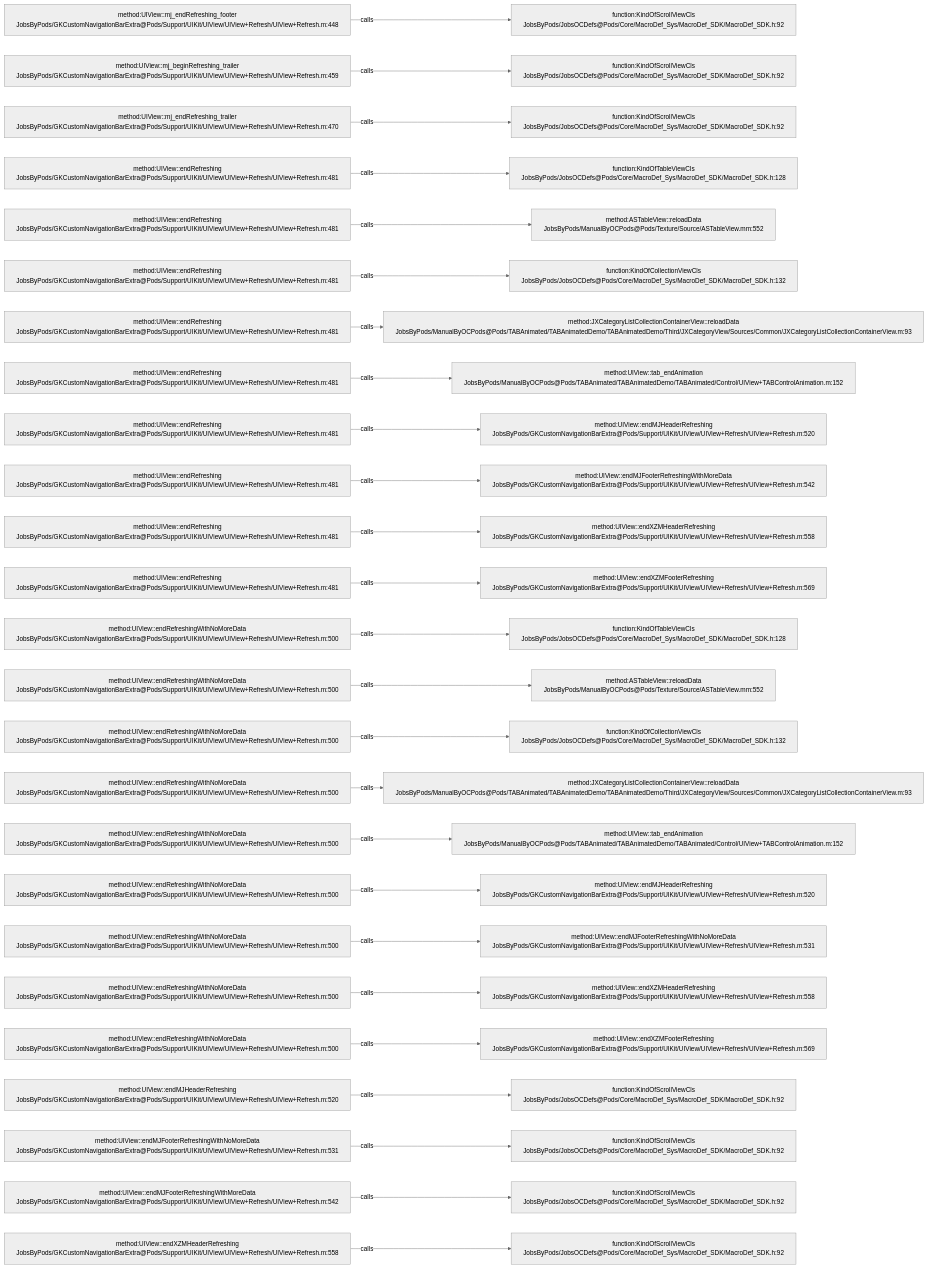
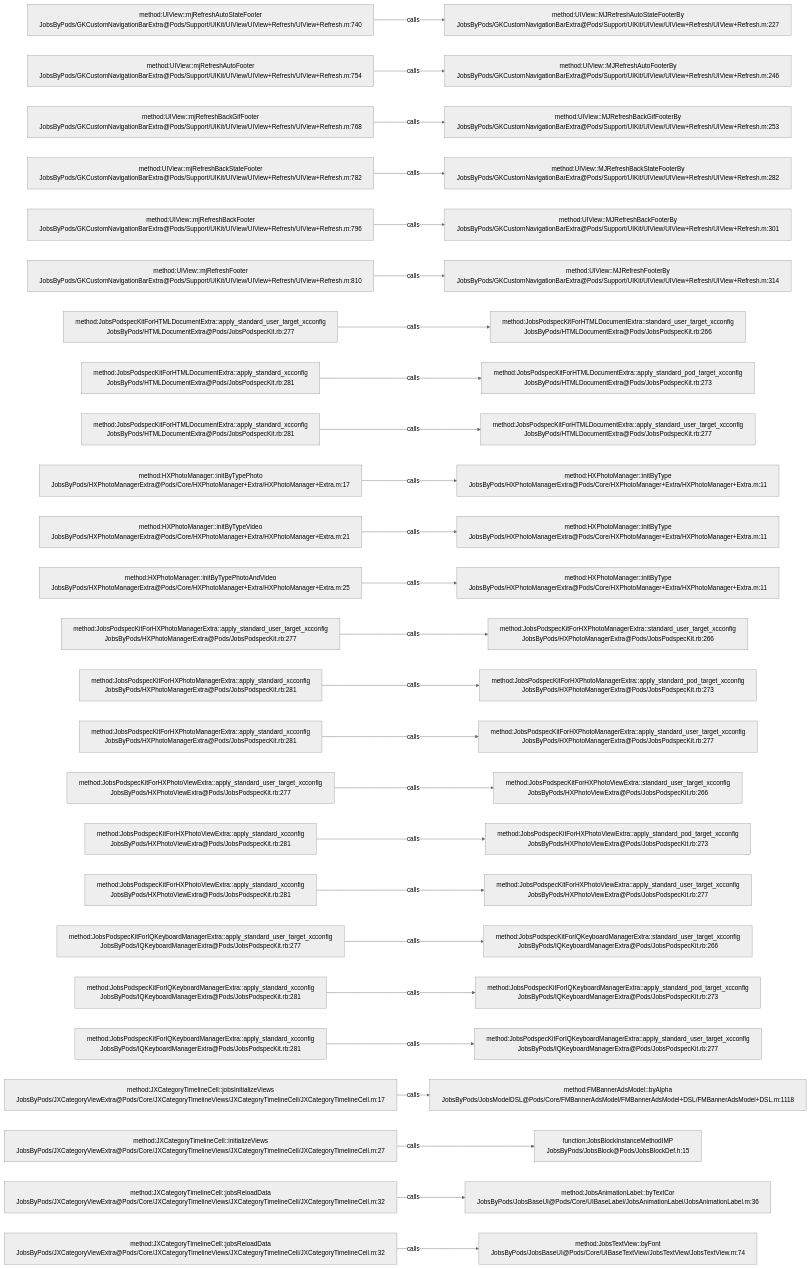
Before and after one commit to JobsKits/JobsOCBaseConfigDemo: the diagram in .codegraph/codegraph.md/graphs/calls-046.md, drawn with Mermaid (neutral theme). The commit also changed 223 other files, not shown here.

````diff
--- a/.codegraph/codegraph.md/graphs/calls-046.md
+++ b/.codegraph/codegraph.md/graphs/calls-046.md
@@ -13,78 +13,78 @@
 ```mermaid
 flowchart LR
-  S1["method:UIView::mj_endRefreshing_footer<br/>JobsByPods/GKCustomNavigationBarExtra@Pods/Support/UIKit/UIView/UIView+Refresh/UIView+Refresh.m:448"]
-  T1["function:KindOfScrollViewCls<br/>JobsByPods/JobsOCDefs@Pods/Core/MacroDef_Sys/MacroDef_SDK/MacroDef_SDK.h:92"]
+  S1["method:UIView::mjRefreshAutoStateFooter<br/>JobsByPods/GKCustomNavigationBarExtra@Pods/Support/UIKit/UIView/UIView+Refresh/UIView+Refresh.m:740"]
+  T1["method:UIView::MJRefreshAutoStateFooterBy<br/>JobsByPods/GKCustomNavigationBarExtra@Pods/Support/UIKit/UIView/UIView+Refresh/UIView+Refresh.m:227"]
   S1 -->|calls| T1
-  S2["method:UIView::mj_beginRefreshing_trailer<br/>JobsByPods/GKCustomNavigationBarExtra@Pods/Support/UIKit/UIView/UIView+Refresh/UIView+Refresh.m:459"]
-  T2["function:KindOfScrollViewCls<br/>JobsByPods/JobsOCDefs@Pods/Core/MacroDef_Sys/MacroDef_SDK/MacroDef_SDK.h:92"]
+  S2["method:UIView::mjRefreshAutoFooter<br/>JobsByPods/GKCustomNavigationBarExtra@Pods/Support/UIKit/UIView/UIView+Refresh/UIView+Refresh.m:754"]
+  T2["method:UIView::MJRefreshAutoFooterBy<br/>JobsByPods/GKCustomNavigationBarExtra@Pods/Support/UIKit/UIView/UIView+Refresh/UIView+Refresh.m:246"]
   S2 -->|calls| T2
-  S3["method:UIView::mj_endRefreshing_trailer<br/>JobsByPods/GKCustomNavigationBarExtra@Pods/Support/UIKit/UIView/UIView+Refresh/UIView+Refresh.m:470"]
-  T3["function:KindOfScrollViewCls<br/>JobsByPods/JobsOCDefs@Pods/Core/MacroDef_Sys/MacroDef_SDK/MacroDef_SDK.h:92"]
+  S3["method:UIView::mjRefreshBackGifFooter<br/>JobsByPods/GKCustomNavigationBarExtra@Pods/Support/UIKit/UIView/UIView+Refresh/UIView+Refresh.m:768"]
+  T3["method:UIView::MJRefreshBackGifFooterBy<br/>JobsByPods/GKCustomNavigationBarExtra@Pods/Support/UIKit/UIView/UIView+Refresh/UIView+Refresh.m:253"]
   S3 -->|calls| T3
-  S4["method:UIView::endRefreshing<br/>JobsByPods/GKCustomNavigationBarExtra@Pods/Support/UIKit/UIView/UIView+Refresh/UIView+Refresh.m:481"]
-  T4["function:KindOfTableViewCls<br/>JobsByPods/JobsOCDefs@Pods/Core/MacroDef_Sys/MacroDef_SDK/MacroDef_SDK.h:128"]
+  S4["method:UIView::mjRefreshBackStateFooter<br/>JobsByPods/GKCustomNavigationBarExtra@Pods/Support/UIKit/UIView/UIView+Refresh/UIView+Refresh.m:782"]
+  T4["method:UIView::MJRefreshBackStateFooterBy<br/>JobsByPods/GKCustomNavigationBarExtra@Pods/Support/UIKit/UIView/UIView+Refresh/UIView+Refresh.m:282"]
   S4 -->|calls| T4
-  S5["method:UIView::endRefreshing<br/>JobsByPods/GKCustomNavigationBarExtra@Pods/Support/UIKit/UIView/UIView+Refresh/UIView+Refresh.m:481"]
-  T5["method:ASTableView::reloadData<br/>JobsByPods/ManualByOCPods@Pods/Texture/Source/ASTableView.mm:552"]
+  S5["method:UIView::mjRefreshBackFooter<br/>JobsByPods/GKCustomNavigationBarExtra@Pods/Support/UIKit/UIView/UIView+Refresh/UIView+Refresh.m:796"]
+  T5["method:UIView::MJRefreshBackFooterBy<br/>JobsByPods/GKCustomNavigationBarExtra@Pods/Support/UIKit/UIView/UIView+Refresh/UIView+Refresh.m:301"]
   S5 -->|calls| T5
-  S6["method:UIView::endRefreshing<br/>JobsByPods/GKCustomNavigationBarExtra@Pods/Support/UIKit/UIView/UIView+Refresh/UIView+Refresh.m:481"]
-  T6["function:KindOfCollectionViewCls<br/>JobsByPods/JobsOCDefs@Pods/Core/MacroDef_Sys/MacroDef_SDK/MacroDef_SDK.h:132"]
+  S6["method:UIView::mjRefreshFooter<br/>JobsByPods/GKCustomNavigationBarExtra@Pods/Support/UIKit/UIView/UIView+Refresh/UIView+Refresh.m:810"]
+  T6["method:UIView::MJRefreshFooterBy<br/>JobsByPods/GKCustomNavigationBarExtra@Pods/Support/UIKit/UIView/UIView+Refresh/UIView+Refresh.m:314"]
   S6 -->|calls| T6
-  S7["method:UIView::endRefreshing<br/>JobsByPods/GKCustomNavigationBarExtra@Pods/Support/UIKit/UIView/UIView+Refresh/UIView+Refresh.m:481"]
-  T7["method:JXCategoryListCollectionContainerView::reloadData<br/>JobsByPods/ManualByOCPods@Pods/TABAnimated/TABAnimatedDemo/TABAnimatedDemo/Third/JXCategoryView/Sources/Common/JXCategoryListCollectionContainerView.m:93"]
+  S7["method:JobsPodspecKitForHTMLDocumentExtra::apply_standard_user_target_xcconfig<br/>JobsByPods/HTMLDocumentExtra@Pods/JobsPodspecKit.rb:277"]
+  T7["method:JobsPodspecKitForHTMLDocumentExtra::standard_user_target_xcconfig<br/>JobsByPods/HTMLDocumentExtra@Pods/JobsPodspecKit.rb:266"]
   S7 -->|calls| T7
-  S8["method:UIView::endRefreshing<br/>JobsByPods/GKCustomNavigationBarExtra@Pods/Support/UIKit/UIView/UIView+Refresh/UIView+Refresh.m:481"]
-  T8["method:UIView::tab_endAnimation<br/>JobsByPods/ManualByOCPods@Pods/TABAnimated/TABAnimatedDemo/TABAnimated/Control/UIView+TABControlAnimation.m:152"]
+  S8["method:JobsPodspecKitForHTMLDocumentExtra::apply_standard_xcconfig<br/>JobsByPods/HTMLDocumentExtra@Pods/JobsPodspecKit.rb:281"]
+  T8["method:JobsPodspecKitForHTMLDocumentExtra::apply_standard_pod_target_xcconfig<br/>JobsByPods/HTMLDocumentExtra@Pods/JobsPodspecKit.rb:273"]
   S8 -->|calls| T8
-  S9["method:UIView::endRefreshing<br/>JobsByPods/GKCustomNavigationBarExtra@Pods/Support/UIKit/UIView/UIView+Refresh/UIView+Refresh.m:481"]
-  T9["method:UIView::endMJHeaderRefreshing<br/>JobsByPods/GKCustomNavigationBarExtra@Pods/Support/UIKit/UIView/UIView+Refresh/UIView+Refresh.m:520"]
+  S9["method:JobsPodspecKitForHTMLDocumentExtra::apply_standard_xcconfig<br/>JobsByPods/HTMLDocumentExtra@Pods/JobsPodspecKit.rb:281"]
+  T9["method:JobsPodspecKitForHTMLDocumentExtra::apply_standard_user_target_xcconfig<br/>JobsByPods/HTMLDocumentExtra@Pods/JobsPodspecKit.rb:277"]
   S9 -->|calls| T9
-  S10["method:UIView::endRefreshing<br/>JobsByPods/GKCustomNavigationBarExtra@Pods/Support/UIKit/UIView/UIView+Refresh/UIView+Refresh.m:481"]
-  T10["method:UIView::endMJFooterRefreshingWithMoreData<br/>JobsByPods/GKCustomNavigationBarExtra@Pods/Support/UIKit/UIView/UIView+Refresh/UIView+Refresh.m:542"]
+  S10["method:HXPhotoManager::initByTypePhoto<br/>JobsByPods/HXPhotoManagerExtra@Pods/Core/HXPhotoManager+Extra/HXPhotoManager+Extra.m:17"]
+  T10["method:HXPhotoManager::initByType<br/>JobsByPods/HXPhotoManagerExtra@Pods/Core/HXPhotoManager+Extra/HXPhotoManager+Extra.m:11"]
   S10 -->|calls| T10
-  S11["method:UIView::endRefreshing<br/>JobsByPods/GKCustomNavigationBarExtra@Pods/Support/UIKit/UIView/UIView+Refresh/UIView+Refresh.m:481"]
-  T11["method:UIView::endXZMHeaderRefreshing<br/>JobsByPods/GKCustomNavigationBarExtra@Pods/Support/UIKit/UIView/UIView+Refresh/UIView+Refresh.m:558"]
+  S11["method:HXPhotoManager::initByTypeVideo<br/>JobsByPods/HXPhotoManagerExtra@Pods/Core/HXPhotoManager+Extra/HXPhotoManager+Extra.m:21"]
+  T11["method:HXPhotoManager::initByType<br/>JobsByPods/HXPhotoManagerExtra@Pods/Core/HXPhotoManager+Extra/HXPhotoManager+Extra.m:11"]
   S11 -->|calls| T11
-  S12["method:UIView::endRefreshing<br/>JobsByPods/GKCustomNavigationBarExtra@Pods/Support/UIKit/UIView/UIView+Refresh/UIView+Refresh.m:481"]
-  T12["method:UIView::endXZMFooterRefreshing<br/>JobsByPods/GKCustomNavigationBarExtra@Pods/Support/UIKit/UIView/UIView+Refresh/UIView+Refresh.m:569"]
+  S12["method:HXPhotoManager::initByTypePhotoAndVideo<br/>JobsByPods/HXPhotoManagerExtra@Pods/Core/HXPhotoManager+Extra/HXPhotoManager+Extra.m:25"]
+  T12["method:HXPhotoManager::initByType<br/>JobsByPods/HXPhotoManagerExtra@Pods/Core/HXPhotoManager+Extra/HXPhotoManager+Extra.m:11"]
   S12 -->|calls| T12
-  S13["method:UIView::endRefreshingWithNoMoreData<br/>JobsByPods/GKCustomNavigationBarExtra@Pods/Support/UIKit/UIView/UIView+Refresh/UIView+Refresh.m:500"]
-  T13["function:KindOfTableViewCls<br/>JobsByPods/JobsOCDefs@Pods/Core/MacroDef_Sys/MacroDef_SDK/MacroDef_SDK.h:128"]
+  S13["method:JobsPodspecKitForHXPhotoManagerExtra::apply_standard_user_target_xcconfig<br/>JobsByPods/HXPhotoManagerExtra@Pods/JobsPodspecKit.rb:277"]
+  T13["method:JobsPodspecKitForHXPhotoManagerExtra::standard_user_target_xcconfig<br/>JobsByPods/HXPhotoManagerExtra@Pods/JobsPodspecKit.rb:266"]
   S13 -->|calls| T13
-  S14["method:UIView::endRefreshingWithNoMoreData<br/>JobsByPods/GKCustomNavigationBarExtra@Pods/Support/UIKit/UIView/UIView+Refresh/UIView+Refresh.m:500"]
-  T14["method:ASTableView::reloadData<br/>JobsByPods/ManualByOCPods@Pods/Texture/Source/ASTableView.mm:552"]
+  S14["method:JobsPodspecKitForHXPhotoManagerExtra::apply_standard_xcconfig<br/>JobsByPods/HXPhotoManagerExtra@Pods/JobsPodspecKit.rb:281"]
+  T14["method:JobsPodspecKitForHXPhotoManagerExtra::apply_standard_pod_target_xcconfig<br/>JobsByPods/HXPhotoManagerExtra@Pods/JobsPodspecKit.rb:273"]
   S14 -->|calls| T14
-  S15["method:UIView::endRefreshingWithNoMoreData<br/>JobsByPods/GKCustomNavigationBarExtra@Pods/Support/UIKit/UIView/UIView+Refresh/UIView+Refresh.m:500"]
-  T15["function:KindOfCollectionViewCls<br/>JobsByPods/JobsOCDefs@Pods/Core/MacroDef_Sys/MacroDef_SDK/MacroDef_SDK.h:132"]
+  S15["method:JobsPodspecKitForHXPhotoManagerExtra::apply_standard_xcconfig<br/>JobsByPods/HXPhotoManagerExtra@Pods/JobsPodspecKit.rb:281"]
+  T15["method:JobsPodspecKitForHXPhotoManagerExtra::apply_standard_user_target_xcconfig<br/>JobsByPods/HXPhotoManagerExtra@Pods/JobsPodspecKit.rb:277"]
   S15 -->|calls| T15
-  S16["method:UIView::endRefreshingWithNoMoreData<br/>JobsByPods/GKCustomNavigationBarExtra@Pods/Support/UIKit/UIView/UIView+Refresh/UIView+Refresh.m:500"]
-  T16["method:JXCategoryListCollectionContainerView::reloadData<br/>JobsByPods/ManualByOCPods@Pods/TABAnimated/TABAnimatedDemo/TABAnimatedDemo/Third/JXCategoryView/Sources/Common/JXCategoryListCollectionContainerView.m:93"]
+  S16["method:JobsPodspecKitForHXPhotoViewExtra::apply_standard_user_target_xcconfig<br/>JobsByPods/HXPhotoViewExtra@Pods/JobsPodspecKit.rb:277"]
+  T16["method:JobsPodspecKitForHXPhotoViewExtra::standard_user_target_xcconfig<br/>JobsByPods/HXPhotoViewExtra@Pods/JobsPodspecKit.rb:266"]
   S16 -->|calls| T16
-  S17["method:UIView::endRefreshingWithNoMoreData<br/>JobsByPods/GKCustomNavigationBarExtra@Pods/Support/UIKit/UIView/UIView+Refresh/UIView+Refresh.m:500"]
-  T17["method:UIView::tab_endAnimation<br/>JobsByPods/ManualByOCPods@Pods/TABAnimated/TABAnimatedDemo/TABAnimated/Control/UIView+TABControlAnimation.m:152"]
+  S17["method:JobsPodspecKitForHXPhotoViewExtra::apply_standard_xcconfig<br/>JobsByPods/HXPhotoViewExtra@Pods/JobsPodspecKit.rb:281"]
+  T17["method:JobsPodspecKitForHXPhotoViewExtra::apply_standard_pod_target_xcconfig<br/>JobsByPods/HXPhotoViewExtra@Pods/JobsPodspecKit.rb:273"]
   S17 -->|calls| T17
-  S18["method:UIView::endRefreshingWithNoMoreData<br/>JobsByPods/GKCustomNavigationBarExtra@Pods/Support/UIKit/UIView/UIView+Refresh/UIView+Refresh.m:500"]
-  T18["method:UIView::endMJHeaderRefreshing<br/>JobsByPods/GKCustomNavigationBarExtra@Pods/Support/UIKit/UIView/UIView+Refresh/UIView+Refresh.m:520"]
+  S18["method:JobsPodspecKitForHXPhotoViewExtra::apply_standard_xcconfig<br/>JobsByPods/HXPhotoViewExtra@Pods/JobsPodspecKit.rb:281"]
+  T18["method:JobsPodspecKitForHXPhotoViewExtra::apply_standard_user_target_xcconfig<br/>JobsByPods/HXPhotoViewExtra@Pods/JobsPodspecKit.rb:277"]
   S18 -->|calls| T18
-  S19["method:UIView::endRefreshingWithNoMoreData<br/>JobsByPods/GKCustomNavigationBarExtra@Pods/Support/UIKit/UIView/UIView+Refresh/UIView+Refresh.m:500"]
-  T19["method:UIView::endMJFooterRefreshingWithNoMoreData<br/>JobsByPods/GKCustomNavigationBarExtra@Pods/Support/UIKit/UIView/UIView+Refresh/UIView+Refresh.m:531"]
+  S19["method:JobsPodspecKitForIQKeyboardManagerExtra::apply_standard_user_target_xcconfig<br/>JobsByPods/IQKeyboardManagerExtra@Pods/JobsPodspecKit.rb:277"]
+  T19["method:JobsPodspecKitForIQKeyboardManagerExtra::standard_user_target_xcconfig<br/>JobsByPods/IQKeyboardManagerExtra@Pods/JobsPodspecKit.rb:266"]
   S19 -->|calls| T19
-  S20["method:UIView::endRefreshingWithNoMoreData<br/>JobsByPods/GKCustomNavigationBarExtra@Pods/Support/UIKit/UIView/UIView+Refresh/UIView+Refresh.m:500"]
-  T20["method:UIView::endXZMHeaderRefreshing<br/>JobsByPods/GKCustomNavigationBarExtra@Pods/Support/UIKit/UIView/UIView+Refresh/UIView+Refresh.m:558"]
+  S20["method:JobsPodspecKitForIQKeyboardManagerExtra::apply_standard_xcconfig<br/>JobsByPods/IQKeyboardManagerExtra@Pods/JobsPodspecKit.rb:281"]
+  T20["method:JobsPodspecKitForIQKeyboardManagerExtra::apply_standard_pod_target_xcconfig<br/>JobsByPods/IQKeyboardManagerExtra@Pods/JobsPodspecKit.rb:273"]
   S20 -->|calls| T20
-  S21["method:UIView::endRefreshingWithNoMoreData<br/>JobsByPods/GKCustomNavigationBarExtra@Pods/Support/UIKit/UIView/UIView+Refresh/UIView+Refresh.m:500"]
-  T21["method:UIView::endXZMFooterRefreshing<br/>JobsByPods/GKCustomNavigationBarExtra@Pods/Support/UIKit/UIView/UIView+Refresh/UIView+Refresh.m:569"]
+  S21["method:JobsPodspecKitForIQKeyboardManagerExtra::apply_standard_xcconfig<br/>JobsByPods/IQKeyboardManagerExtra@Pods/JobsPodspecKit.rb:281"]
+  T21["method:JobsPodspecKitForIQKeyboardManagerExtra::apply_standard_user_target_xcconfig<br/>JobsByPods/IQKeyboardManagerExtra@Pods/JobsPodspecKit.rb:277"]
   S21 -->|calls| T21
-  S22["method:UIView::endMJHeaderRefreshing<br/>JobsByPods/GKCustomNavigationBarExtra@Pods/Support/UIKit/UIView/UIView+Refresh/UIView+Refresh.m:520"]
-  T22["function:KindOfScrollViewCls<br/>JobsByPods/JobsOCDefs@Pods/Core/MacroDef_Sys/MacroDef_SDK/MacroDef_SDK.h:92"]
+  S22["method:JXCategoryTimelineCell::jobsInitializeViews<br/>JobsByPods/JXCategoryViewExtra@Pods/Core/JXCategoryTimelineViews/JXCategoryTimelineCell/JXCategoryTimelineCell.m:17"]
+  T22["method:FMBannerAdsModel::byAlpha<br/>JobsByPods/JobsModelDSL@Pods/Core/FMBannerAdsModel/FMBannerAdsModel+DSL/FMBannerAdsModel+DSL.m:1118"]
   S22 -->|calls| T22
-  S23["method:UIView::endMJFooterRefreshingWithNoMoreData<br/>JobsByPods/GKCustomNavigationBarExtra@Pods/Support/UIKit/UIView/UIView+Refresh/UIView+Refresh.m:531"]
-  T23["function:KindOfScrollViewCls<br/>JobsByPods/JobsOCDefs@Pods/Core/MacroDef_Sys/MacroDef_SDK/MacroDef_SDK.h:92"]
+  S23["method:JXCategoryTimelineCell::initializeViews<br/>JobsByPods/JXCategoryViewExtra@Pods/Core/JXCategoryTimelineViews/JXCategoryTimelineCell/JXCategoryTimelineCell.m:27"]
+  T23["function:JobsBlockInstanceMethodIMP<br/>JobsByPods/JobsBlock@Pods/JobsBlockDef.h:15"]
   S23 -->|calls| T23
-  S24["method:UIView::endMJFooterRefreshingWithMoreData<br/>JobsByPods/GKCustomNavigationBarExtra@Pods/Support/UIKit/UIView/UIView+Refresh/UIView+Refresh.m:542"]
-  T24["function:KindOfScrollViewCls<br/>JobsByPods/JobsOCDefs@Pods/Core/MacroDef_Sys/MacroDef_SDK/MacroDef_SDK.h:92"]
+  S24["method:JXCategoryTimelineCell::jobsReloadData<br/>JobsByPods/JXCategoryViewExtra@Pods/Core/JXCategoryTimelineViews/JXCategoryTimelineCell/JXCategoryTimelineCell.m:32"]
+  T24["method:JobsAnimationLabel::byTextCor<br/>JobsByPods/JobsBaseUI@Pods/Core/UIBaseLabel/JobsAnimationLabel/JobsAnimationLabel.m:36"]
   S24 -->|calls| T24
-  S25["method:UIView::endXZMHeaderRefreshing<br/>JobsByPods/GKCustomNavigationBarExtra@Pods/Support/UIKit/UIView/UIView+Refresh/UIView+Refresh.m:558"]
-  T25["function:KindOfScrollViewCls<br/>JobsByPods/JobsOCDefs@Pods/Core/MacroDef_Sys/MacroDef_SDK/MacroDef_SDK.h:92"]
+  S25["method:JXCategoryTimelineCell::jobsReloadData<br/>JobsByPods/JXCategoryViewExtra@Pods/Core/JXCategoryTimelineViews/JXCategoryTimelineCell/JXCategoryTimelineCell.m:32"]
+  T25["method:JobsTextView::byFont<br/>JobsByPods/JobsBaseUI@Pods/Core/UIBaseTextView/JobsTextView/JobsTextView.m:74"]
   S25 -->|calls| T25
 ```
````
